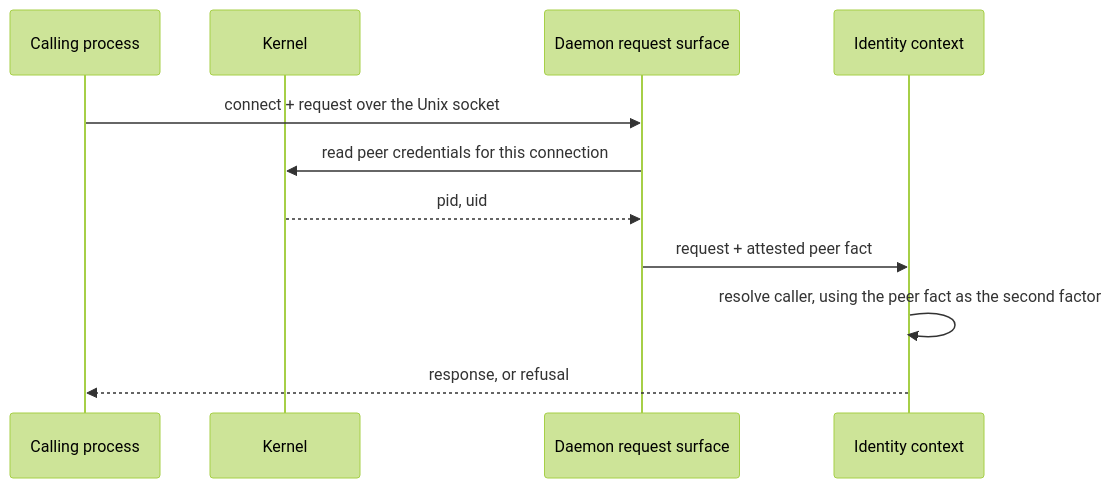
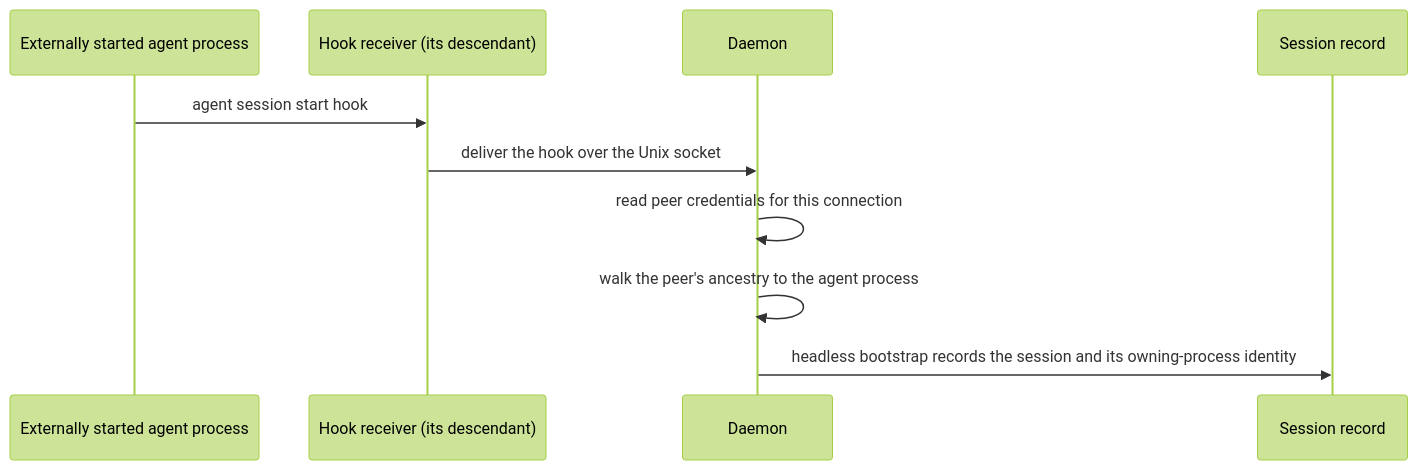
The first of 2 diagrams in docs/project/design/architecture/local-caller-attestation.md (InstruktAI/TeleClaude), drawn with Mermaid (forest theme) before and after one commit. The commit also changed other lines of this file and 2 other files, not shown here.

First line of the commit message:
docs(identity): derive session from attested process ancestry instead of a claimed id

````diff
--- a/docs/project/design/architecture/local-caller-attestation.md
+++ b/docs/project/design/architecture/local-caller-attestation.md
@@ -79,14 +96,13 @@
 ```mermaid
 sequenceDiagram
-    participant P as Calling process
-    participant K as Kernel
-    participant S as Daemon request surface
-    participant I as Identity context
+    participant A as Externally started agent process
+    participant R as Hook receiver (its descendant)
+    participant D as Daemon
+    participant S as Session record
 
-    P->>S: connect + request over the Unix socket
-    S->>K: read peer credentials for this connection
-    K-->>S: pid, uid
-    S->>I: request + attested peer fact
-    I->>I: resolve caller, using the peer fact as the second factor
-    I-->>P: response, or refusal
+    A->>R: agent session start hook
+    R->>D: deliver the hook over the Unix socket
+    D->>D: read peer credentials for this connection
+    D->>D: walk the peer's ancestry to the agent process
+    D->>S: headless bootstrap records the session and its owning-process identity
 ```
````
